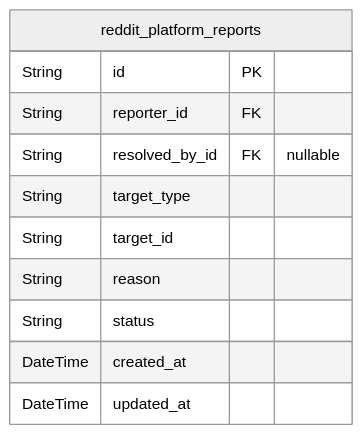
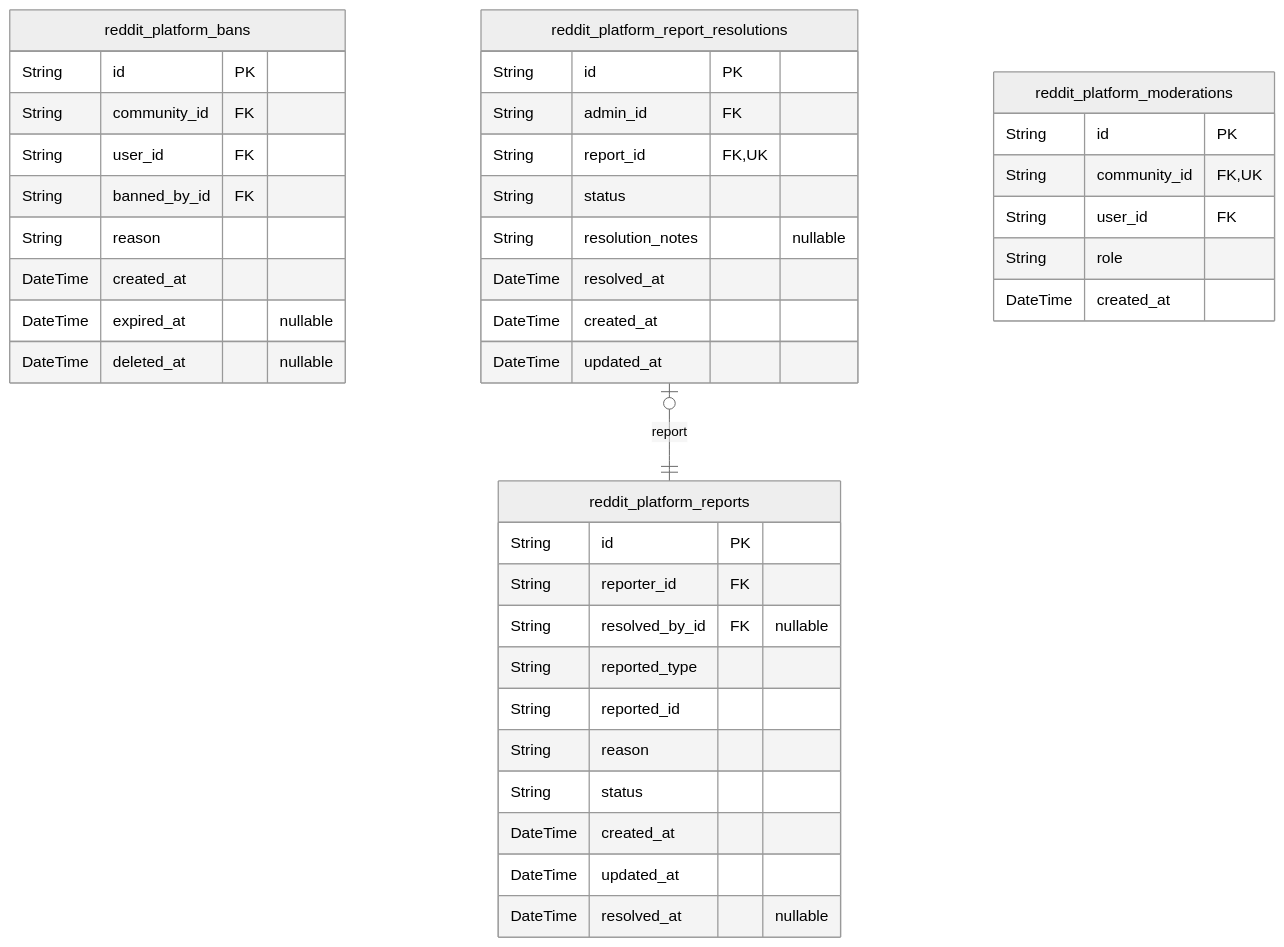
One commit to wrtnlabs/autobe-examples changed the eighth of 9 diagrams in qwen/qwen3-coder-next/reddit/docs/ERD.md. Above: the diagram before and after it, drawn with Mermaid (neutral theme). The commit also changed other lines of this file and 3171 other files, not shown here.

````diff
--- a/qwen/qwen3-coder-next/reddit/docs/ERD.md
+++ b/qwen/qwen3-coder-next/reddit/docs/ERD.md
@@ -1078,14 +898,43 @@
 ```mermaid
 erDiagram
+"reddit_platform_bans" {
+  String id PK
+  String community_id FK
+  String user_id FK
+  String banned_by_id FK
+  String reason
+  DateTime created_at
+  DateTime expired_at "nullable"
+  DateTime deleted_at "nullable"
+}
 "reddit_platform_reports" {
   String id PK
   String reporter_id FK
   String resolved_by_id FK "nullable"
-  String target_type
-  String target_id
+  String reported_type
+  String reported_id
   String reason
   String status
   DateTime created_at
   DateTime updated_at
+  DateTime resolved_at "nullable"
 }
+"reddit_platform_report_resolutions" {
+  String id PK
+  String admin_id FK
+  String report_id FK,UK
+  String status
+  String resolution_notes "nullable"
+  DateTime resolved_at
+  DateTime created_at
+  DateTime updated_at
+}
+"reddit_platform_moderations" {
+  String id PK
+  String community_id FK,UK
+  String user_id FK
+  String role
+  DateTime created_at
+}
+"reddit_platform_report_resolutions" |o--|| "reddit_platform_reports" : report
 ```
````
